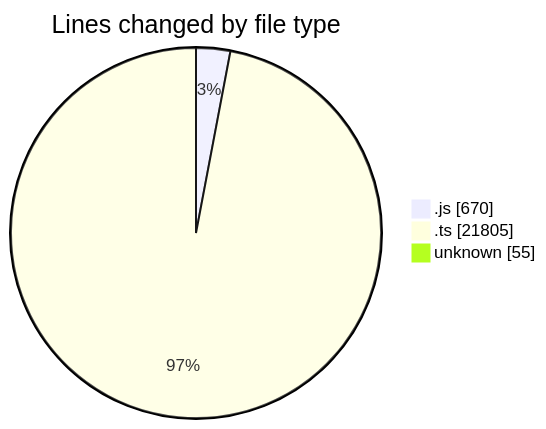
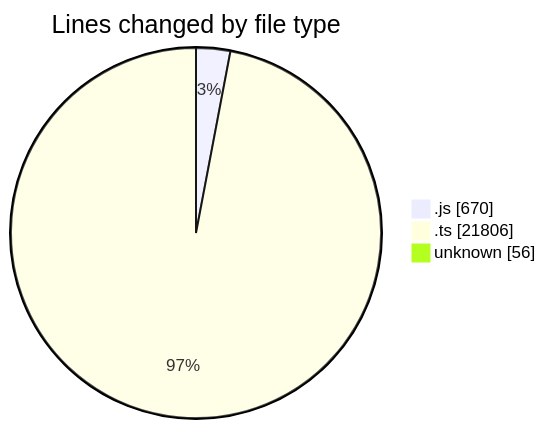
Before and after one commit to momahboobian/code-tracking: the first of 2 diagrams in 2026-08-21/cda/README.md, drawn with Mermaid. The commit also changed other lines of this file and 1 other file, not shown here.

````diff
--- a/2026-08-21/cda/README.md
+++ b/2026-08-21/cda/README.md
@@ -35,7 +35,7 @@
 ```mermaid
 pie showData
 title Lines changed by file type
 ".js" : 670
-".ts" : 21805
-"unknown" : 55
+".ts" : 21806
+"unknown" : 56
 ```
````
